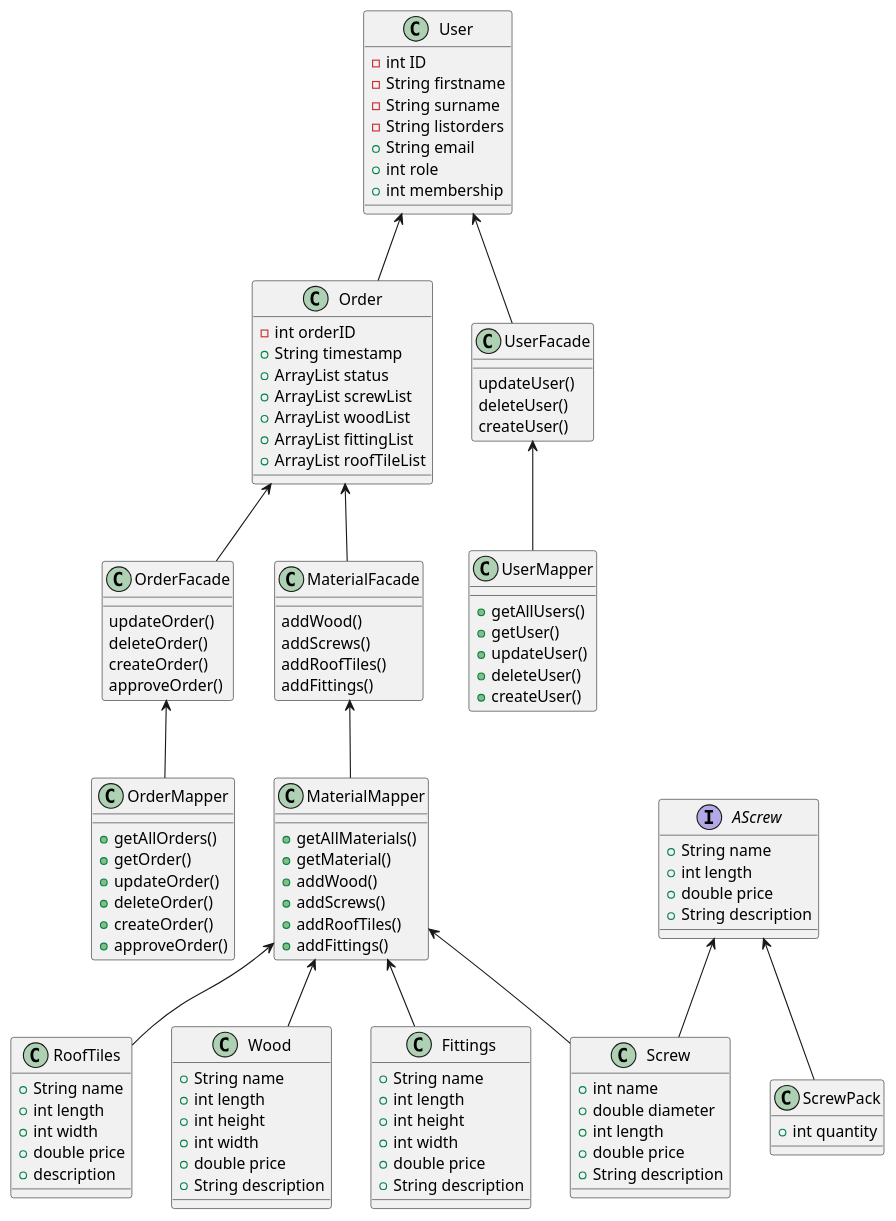
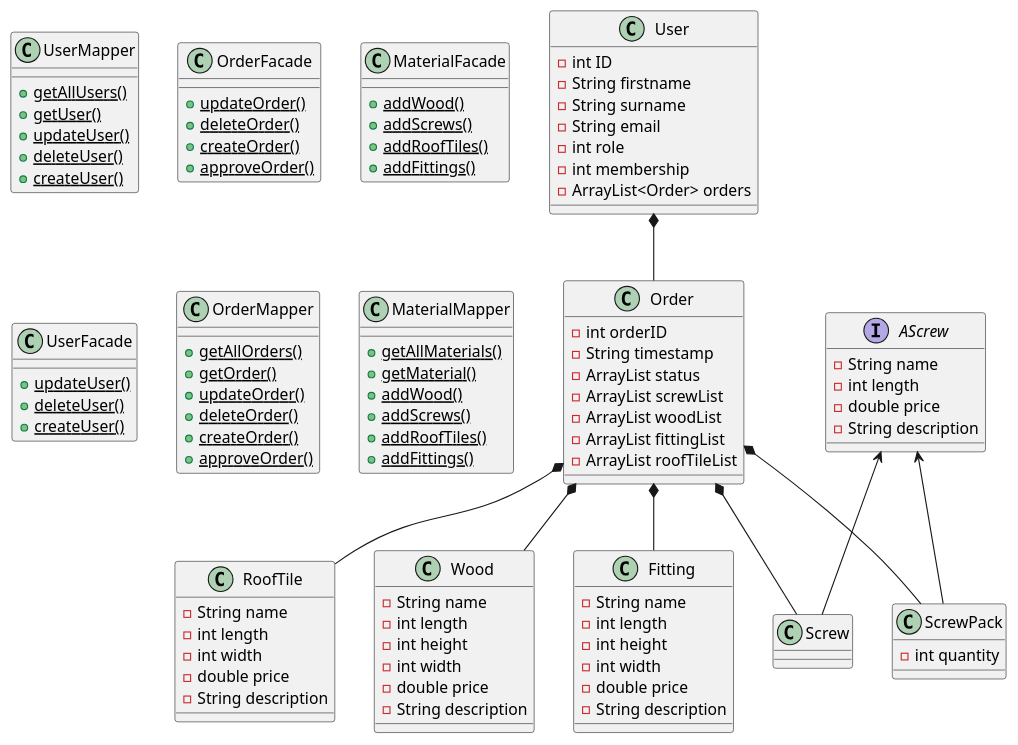
The diagram in documentation/ClassDiagram.puml (HeinLarsen/fog-carport), drawn with PlantUML before and after one commit.

Commit message:
updated classDiagram

```diff
--- a/documentation/ClassDiagram.puml
+++ b/documentation/ClassDiagram.puml
@@ -1,146 +1,123 @@
 @startuml
 'https://plantuml.com/class-diagram
 
 class User {
 -int ID
 -String firstname
 -String surname
--String listorders
-+String email
-+int role
-+int membership
+-String email
+-int role
+-int membership
+-ArrayList<Order> orders
 }
 
 class Order {
 -int orderID
-+String timestamp
-+ArrayList status
-+ArrayList screwList
-+ArrayList woodList
-+ArrayList fittingList
-+ArrayList roofTileList
+-String timestamp
+-ArrayList status
+-ArrayList screwList
+-ArrayList woodList
+-ArrayList fittingList
+-ArrayList roofTileList
 }
 
 class UserMapper{
-+getAllUsers()
-+getUser()
-+updateUser()
-+deleteUser()
-+createUser()
++ {static} getAllUsers()
++ {static} getUser()
++ {static} updateUser()
++ {static} deleteUser()
++ {static} createUser()
 }
 
 class OrderFacade{
-updateOrder()
-deleteOrder()
-createOrder()
-approveOrder()
++ {static} updateOrder()
++ {static} deleteOrder()
++ {static} createOrder()
++ {static} approveOrder()
 }
 
 class MaterialFacade{
-addWood()
-addScrews()
-addRoofTiles()
-addFittings()
++ {static} addWood()
++ {static} addScrews()
++ {static} addRoofTiles()
++ {static} addFittings()
 }
 
 class UserFacade{
-updateUser()
-deleteUser()
-createUser()
-
-
++ {static} updateUser()
++ {static} deleteUser()
++ {static} createUser()
 }
 
 
 class OrderMapper{
-+getAllOrders()
-+getOrder()
-+updateOrder()
-+deleteOrder()
-+createOrder()
-+approveOrder()
++ {static} getAllOrders()
++ {static} getOrder()
++ {static} updateOrder()
++ {static} deleteOrder()
++ {static} createOrder()
++ {static} approveOrder()
 }
 
 class MaterialMapper{
-+getAllMaterials()
-+getMaterial()
-+addWood()
-+addScrews()
-+addRoofTiles()
-+addFittings()
++ {static} getAllMaterials()
++ {static} getMaterial()
++ {static} addWood()
++ {static} addScrews()
++ {static} addRoofTiles()
++ {static} addFittings()
 
 }
 
-class RoofTiles{
-+String name
-+int length
-+int width
-+double price
-+description
+class RoofTile{
+-String name
+-int length
+-int width
+-double price
+-String description
 }
 
 class Wood{
-+String name
-+int length
-+int height
-+int width
-+double price
-+String description
+-String name
+-int length
+-int height
+-int width
+-double price
+-String description
 }
 
-class Fittings{
-+String name
-+int length
-+int height
-+int width
-+double price
-+String description
+class Fitting{
+-String name
+-int length
+-int height
+-int width
+-double price
+-String description
 
 }
 
 interface AScrew{
-+String name
-+int length
-+double price
-+String description
+-String name
+-int length
+-double price
+-String description
 
 }
 
 class ScrewPack{
-+int quantity
+-int quantity
 }
 
 class Screw{
-+int name
-+double diameter
-+int length
-+double price
-+String description
 }
 
-
-User <-- Order
-
-
-User <-- UserFacade
-UserFacade <-- UserMapper
-
-
-
-OrderFacade <-- OrderMapper
-Order <--OrderFacade
-
-
-Order <-- MaterialFacade
-MaterialFacade <-- MaterialMapper
-
-MaterialMapper <-- Wood
-MaterialMapper <-- Screw
-MaterialMapper <-- Fittings
-MaterialMapper <-- RoofTiles
-
-
+Order *-- Screw
+Order *-- ScrewPack
+Order *-- Fitting
+Order *-- RoofTile
+Order *-- Wood
+User *-- Order
 AScrew <-- ScrewPack
 AScrew <-- Screw
 
 @enduml
```
